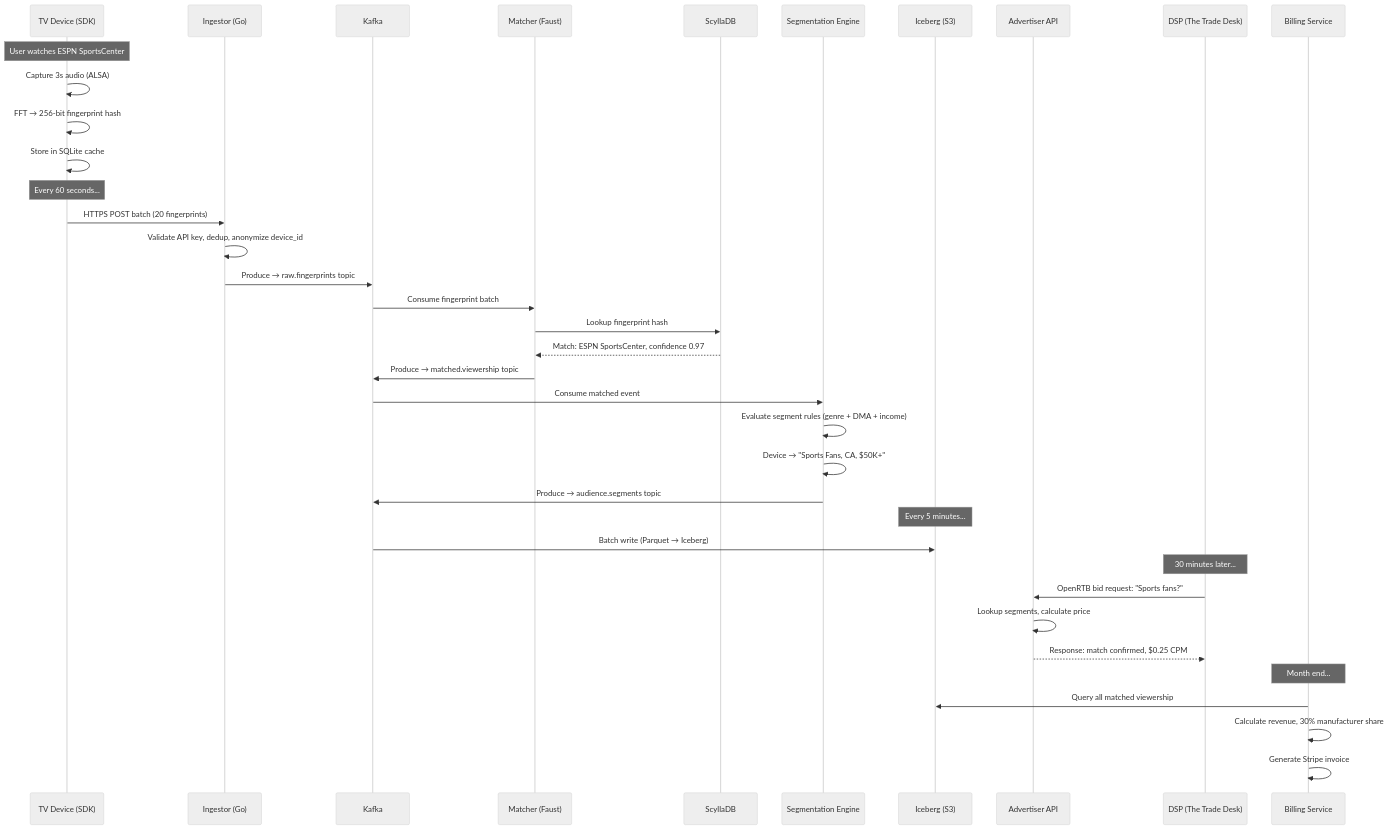
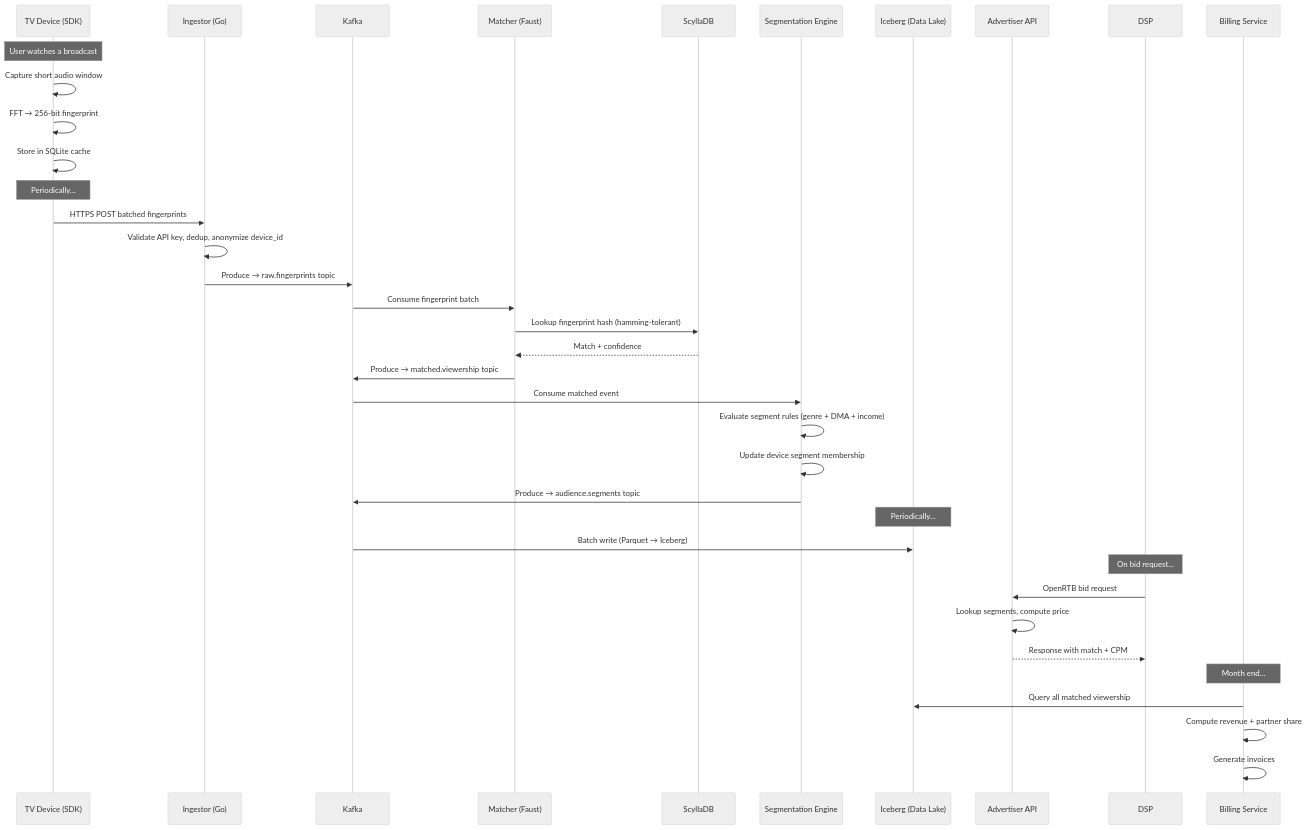
One commit to ksmettela/Synora changed the second of 12 diagrams in PRODUCT_BLOG.md. Above: the diagram before and after it, drawn with Mermaid (neutral theme). The commit also changed other lines of this file and 27 other files, not shown here.

````diff
--- a/PRODUCT_BLOG.md
+++ b/PRODUCT_BLOG.md
@@ -148,48 +155,48 @@
 ```mermaid
 sequenceDiagram
     participant TV as TV Device (SDK)
     participant ING as Ingestor (Go)
     participant KFK as Kafka
     participant MAT as Matcher (Faust)
     participant SCY as ScyllaDB
     participant SEG as Segmentation Engine
-    participant ICE as Iceberg (S3)
+    participant ICE as Iceberg (Data Lake)
     participant ADV as Advertiser API
-    participant DSP as DSP (The Trade Desk)
+    participant DSP as DSP
     participant BIL as Billing Service
 
-    Note over TV: User watches ESPN SportsCenter
+    Note over TV: User watches a broadcast
 
-    TV->>TV: Capture 3s audio (ALSA)
-    TV->>TV: FFT → 256-bit fingerprint hash
+    TV->>TV: Capture short audio window
+    TV->>TV: FFT → 256-bit fingerprint
     TV->>TV: Store in SQLite cache
-    
-    Note over TV: Every 60 seconds...
-    
-    TV->>ING: HTTPS POST batch (20 fingerprints)
+
+    Note over TV: Periodically...
+
+    TV->>ING: HTTPS POST batched fingerprints
     ING->>ING: Validate API key, dedup, anonymize device_id
     ING->>KFK: Produce → raw.fingerprints topic
-    
+
     KFK->>MAT: Consume fingerprint batch
-    MAT->>SCY: Lookup fingerprint hash
-    SCY-->>MAT: Match: ESPN SportsCenter, confidence 0.97
+    MAT->>SCY: Lookup fingerprint hash (hamming-tolerant)
+    SCY-->>MAT: Match + confidence
     MAT->>KFK: Produce → matched.viewership topic
-    
+
     KFK->>SEG: Consume matched event
     SEG->>SEG: Evaluate segment rules (genre + DMA + income)
-    SEG->>SEG: Device → "Sports Fans, CA, $50K+"
+    SEG->>SEG: Update device segment membership
     SEG->>KFK: Produce → audience.segments topic
-    
-    Note over ICE: Every 5 minutes...
+
+    Note over ICE: Periodically...
     KFK->>ICE: Batch write (Parquet → Iceberg)
-    
-    Note over DSP: 30 minutes later...
-    DSP->>ADV: OpenRTB bid request: "Sports fans?"
-    ADV->>ADV: Lookup segments, calculate price
-    ADV-->>DSP: Response: match confirmed, $0.25 CPM
-    
+
+    Note over DSP: On bid request...
+    DSP->>ADV: OpenRTB bid request
+    ADV->>ADV: Lookup segments, compute price
+    ADV-->>DSP: Response with match + CPM
+
     Note over BIL: Month end...
     BIL->>ICE: Query all matched viewership
-    BIL->>BIL: Calculate revenue, 30% manufacturer share
-    BIL->>BIL: Generate Stripe invoice
+    BIL->>BIL: Compute revenue + partner share
+    BIL->>BIL: Generate invoices
 ```
````
